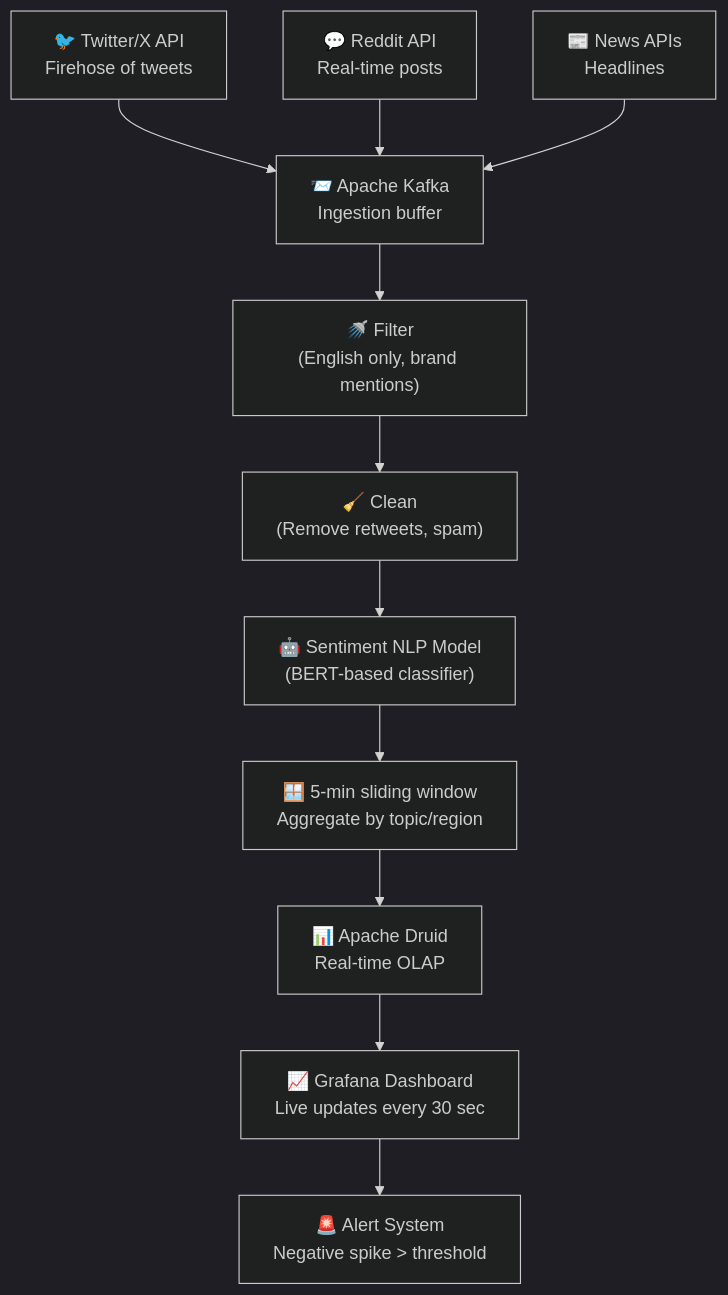
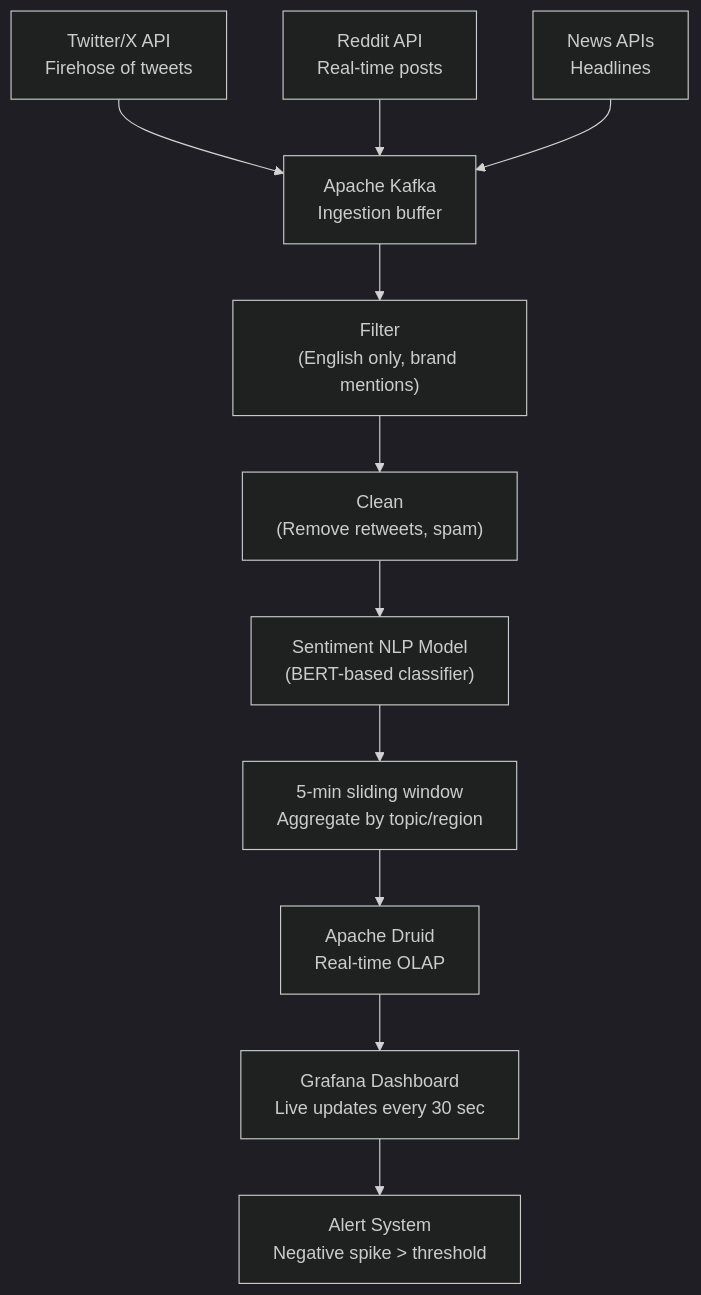
One commit to NK2552003/Big-Data-Survival-Guide changed the sixth of 8 diagrams in UNITS/UNIT 2/unit-2-english-fun.md. Above: the diagram before and after it, drawn with Mermaid (dark theme). The commit also changed other lines of this file and 78 other files, not shown here.

````diff
--- a/UNITS/UNIT 2/unit-2-english-fun.md
+++ b/UNITS/UNIT 2/unit-2-english-fun.md
@@ -962,22 +962,22 @@
 ```mermaid
 flowchart TB
-    TW["🐦 Twitter/X API\nFirehose of tweets"]
-    Reddit["💬 Reddit API\nReal-time posts"]
-    News["📰 News APIs\nHeadlines"]
+ TW[" Twitter/X API\nFirehose of tweets"]
+ Reddit[" Reddit API\nReal-time posts"]
+ News[" News APIs\nHeadlines"]
 
-    Kafka["📨 Apache Kafka\nIngestion buffer"]
-    
-    Filter["🚿 Filter\n(English only, brand mentions)"]
-    Clean["🧹 Clean\n(Remove retweets, spam)"]
-    NLP["🤖 Sentiment NLP Model\n(BERT-based classifier)"]
-    Window["🪟 5-min sliding window\nAggregate by topic/region"]
-    
-    Druid["📊 Apache Druid\nReal-time OLAP"]
-    Dashboard["📈 Grafana Dashboard\nLive updates every 30 sec"]
-    Alert["🚨 Alert System\nNegative spike > threshold"]
+ Kafka[" Apache Kafka\nIngestion buffer"]
 
-    TW & Reddit & News --> Kafka
-    Kafka --> Filter --> Clean --> NLP --> Window --> Druid
-    Druid --> Dashboard
-    Dashboard --> Alert
+ Filter[" Filter\n(English only, brand mentions)"]
+ Clean[" Clean\n(Remove retweets, spam)"]
+ NLP[" Sentiment NLP Model\n(BERT-based classifier)"]
+ Window[" 5-min sliding window\nAggregate by topic/region"]
+
+ Druid[" Apache Druid\nReal-time OLAP"]
+ Dashboard[" Grafana Dashboard\nLive updates every 30 sec"]
+ Alert[" Alert System\nNegative spike > threshold"]
+
+ TW & Reddit & News --> Kafka
+ Kafka --> Filter --> Clean --> NLP --> Window --> Druid
+ Druid --> Dashboard
+ Dashboard --> Alert
 ```
````
